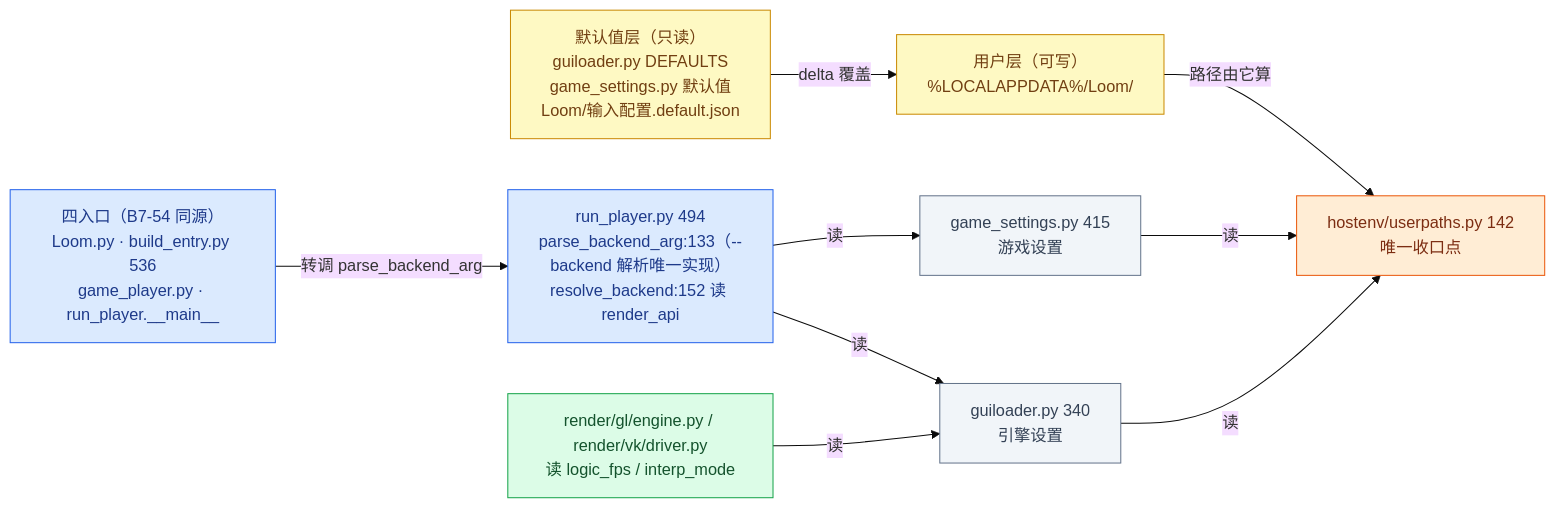
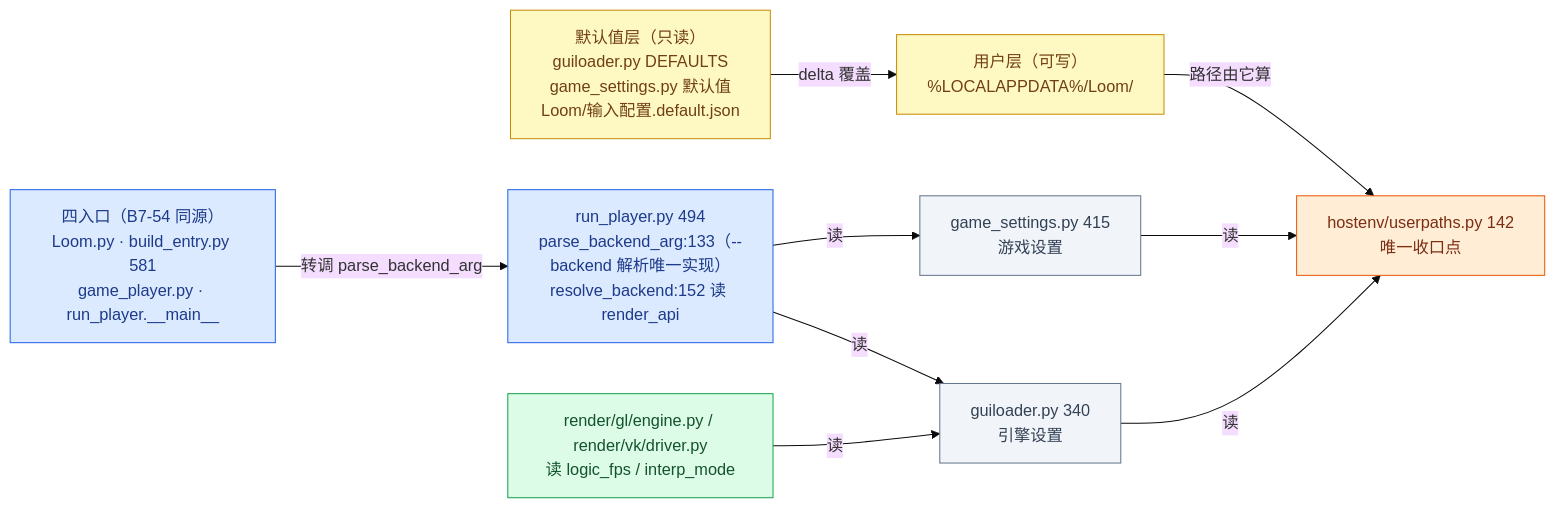
Before and after one commit to lhy302/WeaveEngine: diagram 11 of 23 in ARCHITECTURE.md, drawn with Mermaid (base theme). The commit also changed other lines of this file and 2 other files, not shown here.

First line of the commit message:
docs: Q-B7-60-1 架构图同步（编辑器渲染后端配置驱动）+ 2 份遗留文档废止注记

````diff
--- a/ARCHITECTURE.md
+++ b/ARCHITECTURE.md
@@ -545,24 +560,24 @@
 ```mermaid
 flowchart LR
   T["默认值层（只读）<br/>guiloader.py DEFAULTS<br/>game_settings.py 默认值<br/>Loom/输入配置.default.json"]:::external
   U["用户层（可写）<br/>%LOCALAPPDATA%/Loom/"]:::external
   P["hostenv/userpaths.py 142<br/>唯一收口点"]:::contract
   G1["guiloader.py 340<br/>引擎设置"]:::file
   G2["game_settings.py 415<br/>游戏设置"]:::file
-  C0["四入口（B7-54 同源）<br/>Loom.py · build_entry.py 536<br/>game_player.py · run_player.__main__"]:::entry
+  C0["四入口（B7-54 同源）<br/>Loom.py · build_entry.py 581<br/>game_player.py · run_player.__main__"]:::entry
   R1["run_player.py 494<br/>parse_backend_arg:133（--backend 解析唯一实现）<br/>resolve_backend:152 读 render_api"]:::entry
   R2["render/gl/engine.py / render/vk/driver.py<br/>读 logic_fps / interp_mode"]:::impl
   T -->|delta 覆盖| U
   U -->|路径由它算| P
   G1 -->|读| P
   G2 -->|读| P
   C0 -->|转调 parse_backend_arg| R1
   R1 -->|读| G1
   R1 -->|读| G2
   R2 -->|读| G1
   classDef entry fill:#dbeafe,stroke:#2563eb,color:#1e3a8a
   classDef impl fill:#dcfce7,stroke:#16a34a,color:#14532d
   classDef contract fill:#ffedd5,stroke:#ea580c,color:#7c2d12
   classDef file fill:#f1f5f9,stroke:#64748b,color:#334155
   classDef external fill:#fef9c3,stroke:#ca8a04,color:#713f12
 ```
````
